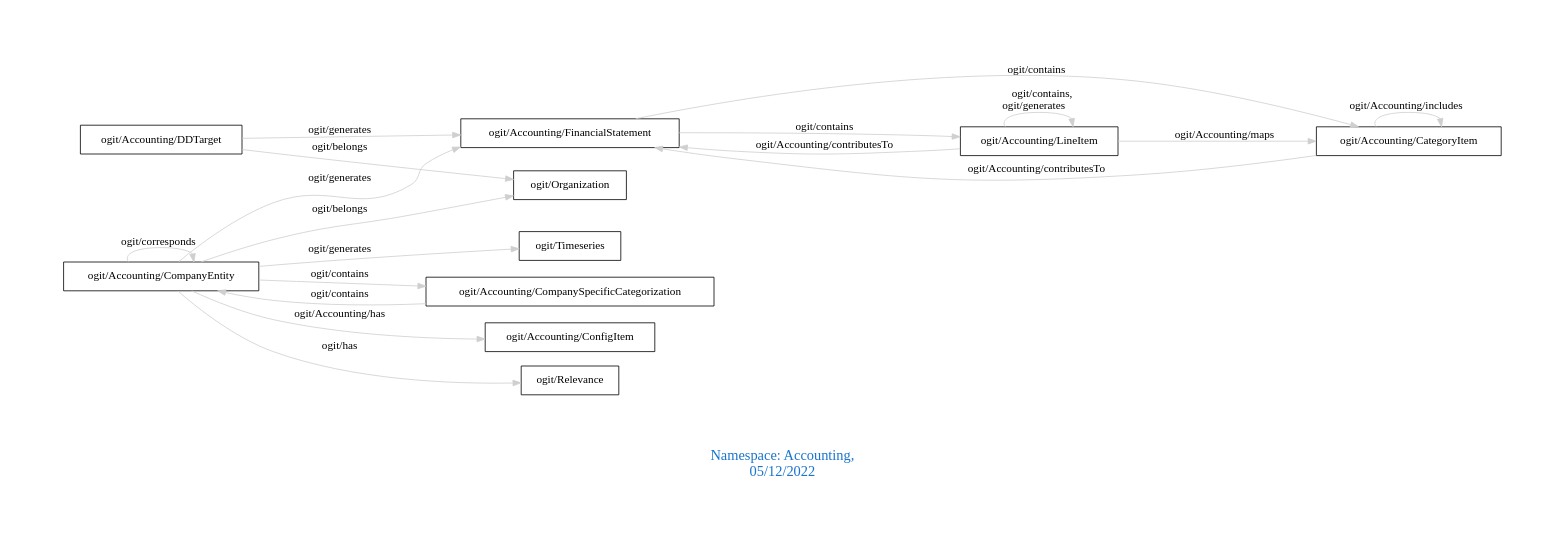
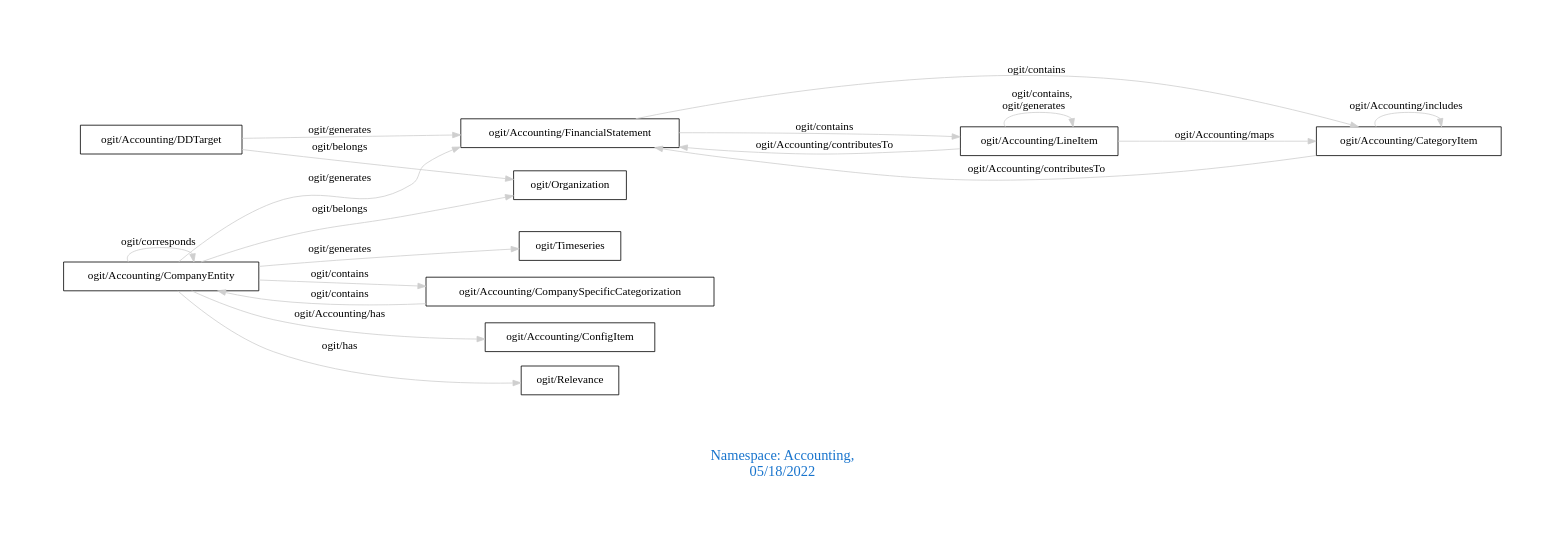
One commit to arago/OGIT changed the diagram in downloads/Accounting.dot. Above: the diagram before and after it, drawn with Graphviz. The commit also changed 1927 other files, not shown here.

```diff
--- a/downloads/Accounting.dot
+++ b/downloads/Accounting.dot
@@ -1,25 +1,25 @@
 digraph OGIT_ontology {
  graph [ rankdir= LR,pad=1 
 fontsize = 18,
-fontcolor= dodgerblue3,label = "\n\n\nNamespace: Accounting, \n 05/12/2022"];
+fontcolor= dodgerblue3,label = "\n\n\nNamespace: Accounting, \n 05/18/2022"];
 node[shape=polygon];
 edge [  color="gray81"];
 
    "ogit/Accounting/CompanyEntity" -> "ogit/Accounting/CompanySpecificCategorization" [label="   ogit/contains    "];
    "ogit/Accounting/CompanySpecificCategorization" -> "ogit/Accounting/CompanyEntity" [label="   ogit/contains    "];
    "ogit/Accounting/FinancialStatement" -> "ogit/Accounting/LineItem" [label="   ogit/contains    "];
    "ogit/Accounting/FinancialStatement" -> "ogit/Accounting/CategoryItem" [label="   ogit/contains    "];
    "ogit/Accounting/CompanyEntity" -> "ogit/Accounting/FinancialStatement" [label="   ogit/generates    "];
    "ogit/Accounting/CompanyEntity" -> "ogit/Timeseries" [label="   ogit/generates    "];
    "ogit/Accounting/DDTarget" -> "ogit/Accounting/FinancialStatement" [label="   ogit/generates    "];
    "ogit/Accounting/CategoryItem" -> "ogit/Accounting/FinancialStatement" [label="   ogit/Accounting/contributesTo    "];
    "ogit/Accounting/LineItem" -> "ogit/Accounting/FinancialStatement" [label="   ogit/Accounting/contributesTo    "];
    "ogit/Accounting/LineItem" -> "ogit/Accounting/CategoryItem" [label="   ogit/Accounting/maps    "];
    "ogit/Accounting/CompanyEntity" -> "ogit/Organization" [label="   ogit/belongs    "];
    "ogit/Accounting/DDTarget" -> "ogit/Organization" [label="   ogit/belongs    "];
    "ogit/Accounting/CompanyEntity" -> "ogit/Accounting/ConfigItem" [label="   ogit/Accounting/has    "];
    "ogit/Accounting/CompanyEntity" -> "ogit/Relevance" [label="   ogit/has    "];
    "ogit/Accounting/CategoryItem" -> "ogit/Accounting/CategoryItem" [label="   ogit/Accounting/includes    "];
    "ogit/Accounting/CompanyEntity" -> "ogit/Accounting/CompanyEntity" [label="   ogit/corresponds    "];
    "ogit/Accounting/LineItem" -> "ogit/Accounting/LineItem" [label="   ogit/contains, \n ogit/generates    "];
 }
```
